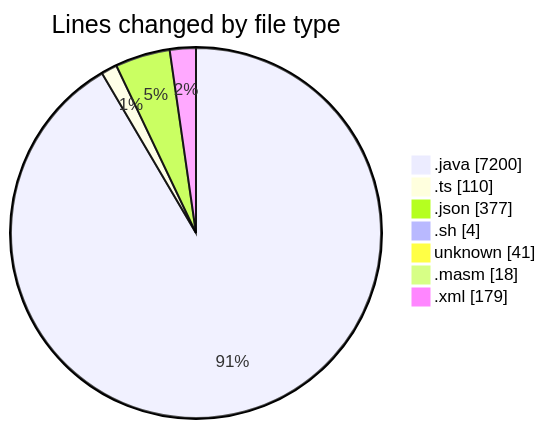
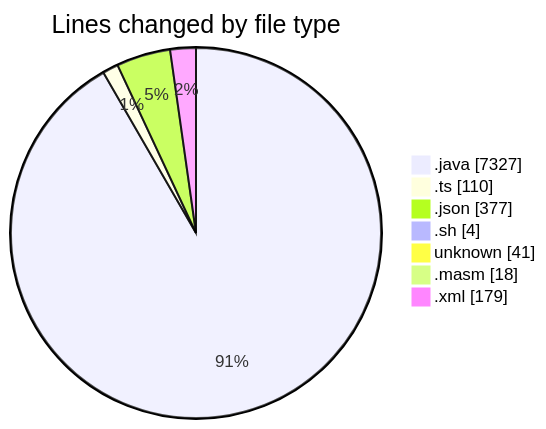
Before and after one commit to charlie-sans/code-tracking: the first of 2 diagrams in 2025-02-20/micros/README.md, drawn with Mermaid. The commit also changed other lines of this file and 1 other file, not shown here.

````diff
--- a/2025-02-20/micros/README.md
+++ b/2025-02-20/micros/README.md
@@ -47,11 +48,11 @@
 ```mermaid
 pie showData
 title Lines changed by file type
-".java" : 7200
+".java" : 7327
 ".ts" : 110
 ".json" : 377
 ".sh" : 4
 "unknown" : 41
 ".masm" : 18
 ".xml" : 179
 ```
````
